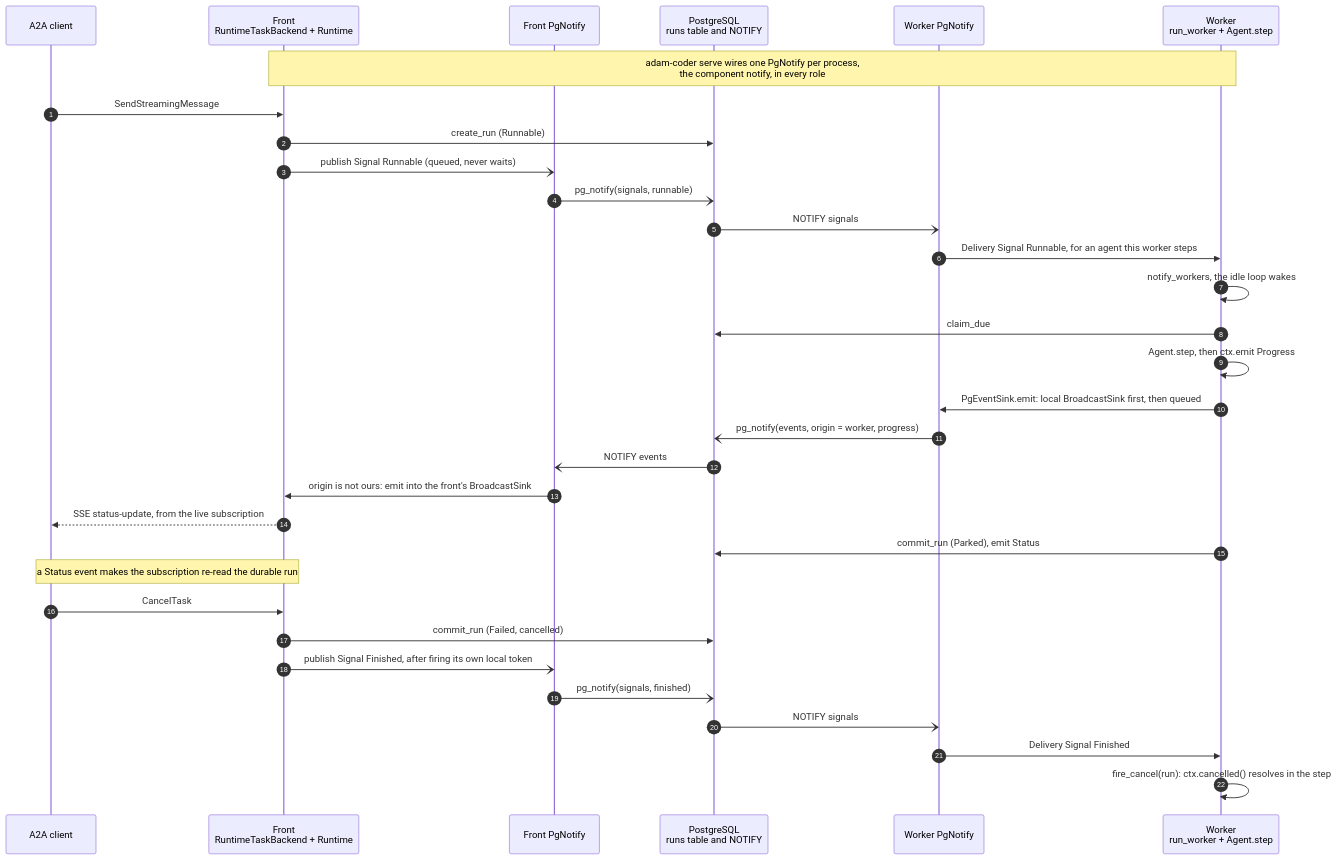
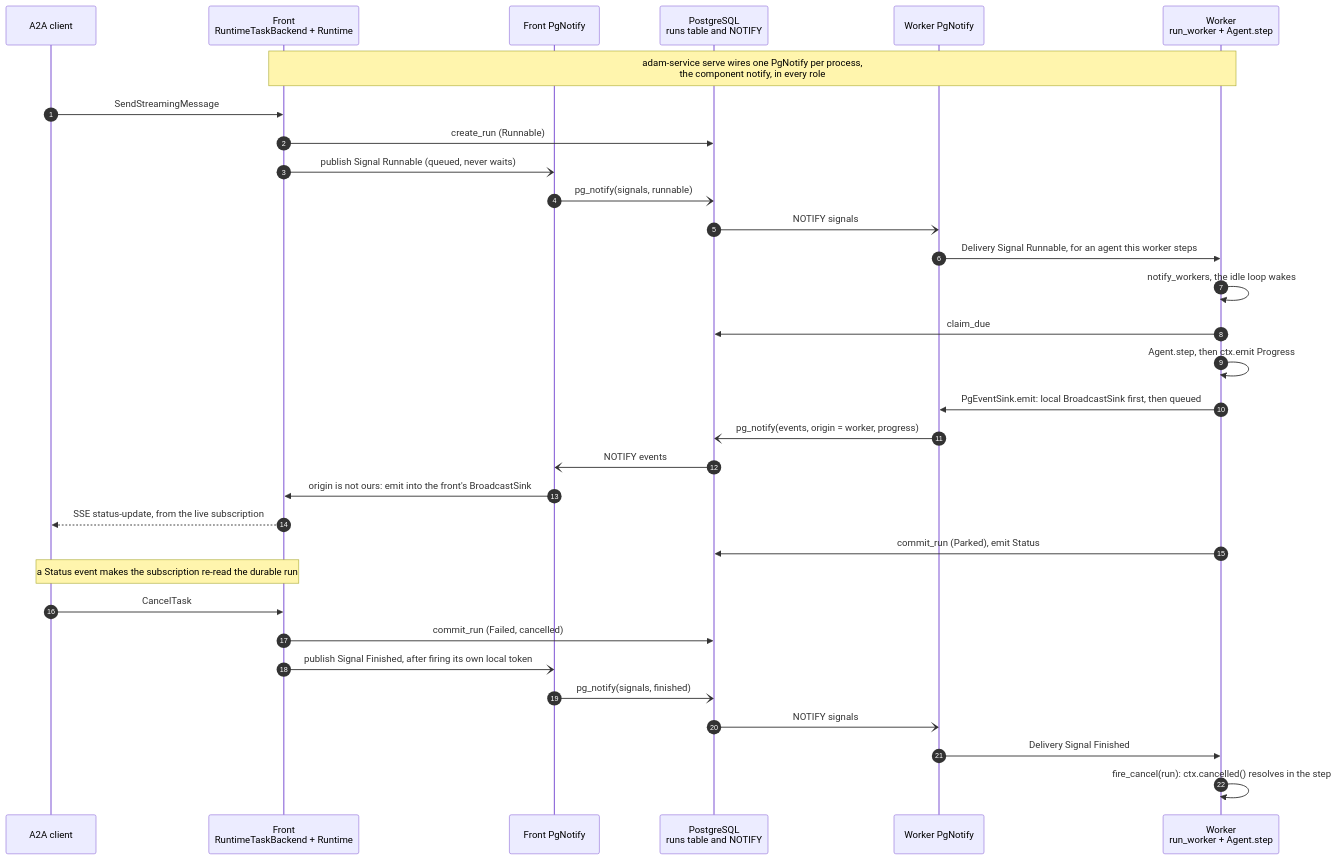
One commit to vymalo/another-adam-rs changed the ninth of 24 diagrams in docs/architecture.md. Above: the diagram before and after it, drawn with Mermaid. The commit also changed other lines of this file and 50 other files, not shown here.

First line of the commit message:
feat(agent): adam-agent serves any agent folder; folder MCP tools; adam-service (#58)

````diff
--- a/docs/architecture.md
+++ b/docs/architecture.md
@@ -921,35 +965,35 @@
 ```mermaid
 sequenceDiagram
     autonumber
     participant C as A2A client
     participant F as Front<br/>RuntimeTaskBackend + Runtime
     participant FN as Front PgNotify
     participant DB as PostgreSQL<br/>runs table and NOTIFY
     participant WN as Worker PgNotify
     participant W as Worker<br/>run_worker + Agent.step
 
-    Note over F,W: adam-coder serve wires one PgNotify per process,<br/>the component notify, in every role
+    Note over F,W: adam-service serve wires one PgNotify per process,<br/>the component notify, in every role
     C->>F: SendStreamingMessage
     F->>DB: create_run (Runnable)
     F-)FN: publish Signal Runnable (queued, never waits)
     FN-)DB: pg_notify(signals, runnable)
     DB-)WN: NOTIFY signals
     WN->>W: Delivery Signal Runnable, for an agent this worker steps
     W->>W: notify_workers, the idle loop wakes
     W->>DB: claim_due
     W->>W: Agent.step, then ctx.emit Progress
     W->>WN: PgEventSink.emit: local BroadcastSink first, then queued
     WN-)DB: pg_notify(events, origin = worker, progress)
     DB-)FN: NOTIFY events
     FN->>F: origin is not ours: emit into the front's BroadcastSink
     F-->>C: SSE status-update, from the live subscription
     W->>DB: commit_run (Parked), emit Status
     Note over F,C: a Status event makes the subscription re-read the durable run
     C->>F: CancelTask
     F->>DB: commit_run (Failed, cancelled)
     F-)FN: publish Signal Finished, after firing its own local token
     FN-)DB: pg_notify(signals, finished)
     DB-)WN: NOTIFY signals
     WN->>W: Delivery Signal Finished
     W->>W: fire_cancel(run): ctx.cancelled() resolves in the step
 ```
````
